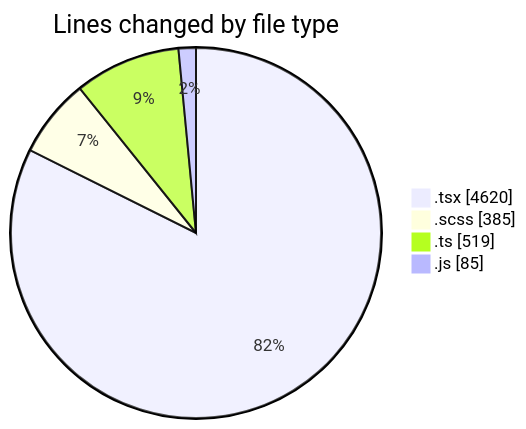
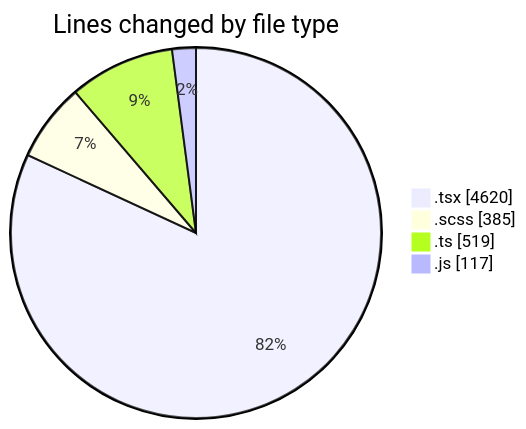
Before and after one commit to momahboobian/code-tracking: the first of 2 diagrams in 2025-06-17/cda/README.md, drawn with Mermaid. The commit also changed other lines of this file and 1 other file, not shown here.

````diff
--- a/2025-06-17/cda/README.md
+++ b/2025-06-17/cda/README.md
@@ -36,8 +37,8 @@
 ```mermaid
 pie showData
 title Lines changed by file type
 ".tsx" : 4620
 ".scss" : 385
 ".ts" : 519
-".js" : 85
+".js" : 117
 ```
````
